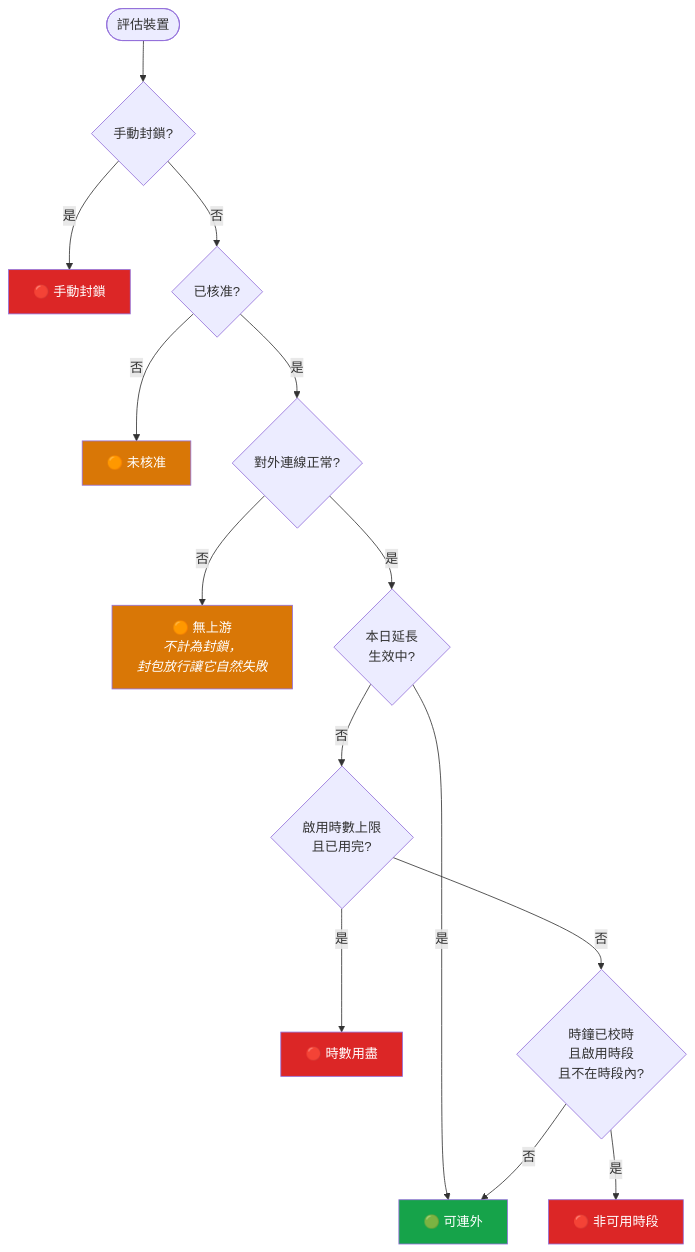
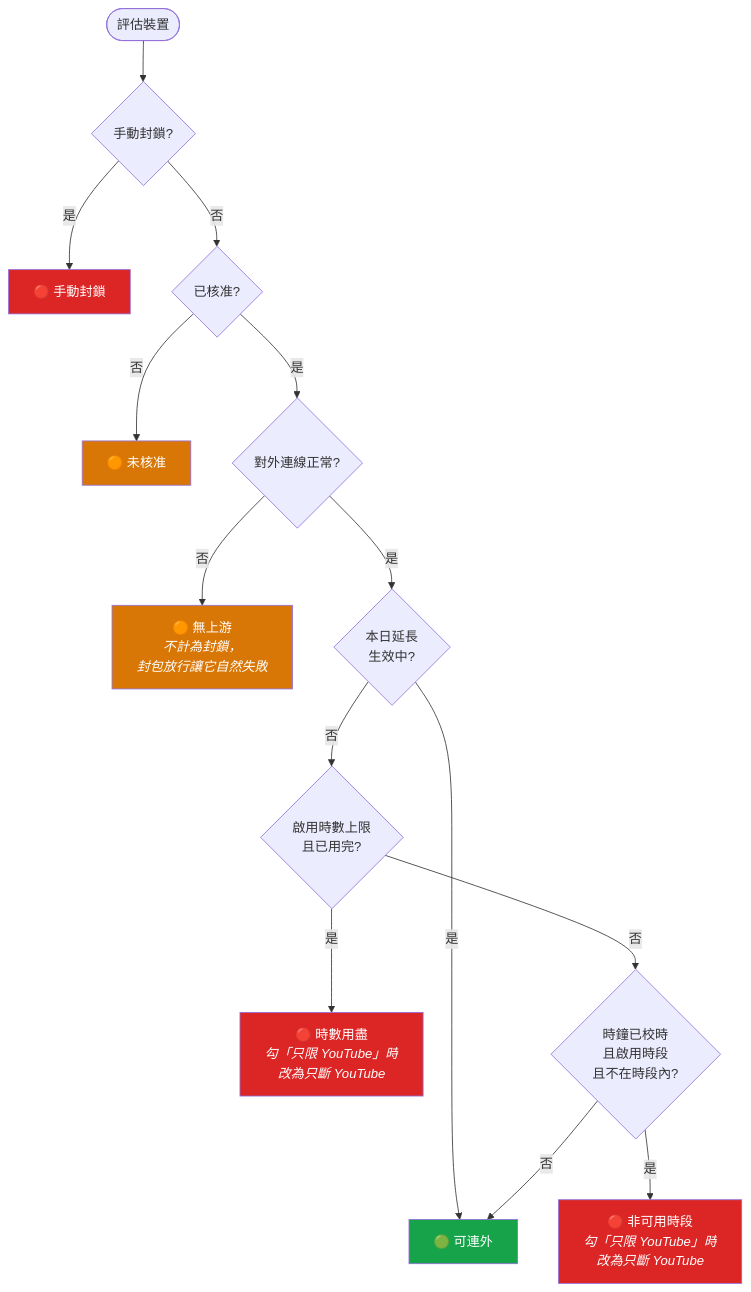
Before and after one commit to binomial0418/net-flow-ctrl: the third of 5 diagrams in README.md, drawn with Mermaid. The commit also changed other lines of this file and 7 other files, not shown here.

First line of the commit message:
feat: add per-device YouTube blocking and YouTube watch-time tracking

````diff
--- a/README.md
+++ b/README.md
@@ -110,23 +116,23 @@
 ```mermaid
 flowchart TD
     S([評估裝置]) --> M{"手動封鎖?"}
     M -->|是| R1["🔴 手動封鎖"]
     M -->|否| A{"已核准?"}
     A -->|否| R2["🟠 未核准"]
     A -->|是| U{"對外連線正常?"}
     U -->|否| R3["🟠 無上游<br/><i>不計為封鎖，<br/>封包放行讓它自然失敗</i>"]
     U -->|是| E{"本日延長<br/>生效中?"}
     E -->|是| R6["🟢 可連外"]
     E -->|否| Q{"啟用時數上限<br/>且已用完?"}
-    Q -->|是| R4["🔴 時數用盡"]
+    Q -->|是| R4["🔴 時數用盡<br/><i>勾「只限 YouTube」時<br/>改為只斷 YouTube</i>"]
     Q -->|否| T{"時鐘已校時<br/>且啟用時段<br/>且不在時段內?"}
-    T -->|是| R5["🔴 非可用時段"]
+    T -->|是| R5["🔴 非可用時段<br/><i>勾「只限 YouTube」時<br/>改為只斷 YouTube</i>"]
     T -->|否| R6
 
     style R1 fill:#dc2626,color:#fff
     style R4 fill:#dc2626,color:#fff
     style R5 fill:#dc2626,color:#fff
     style R2 fill:#d97706,color:#fff
     style R3 fill:#d97706,color:#fff
     style R6 fill:#16a34a,color:#fff
 ```
````
